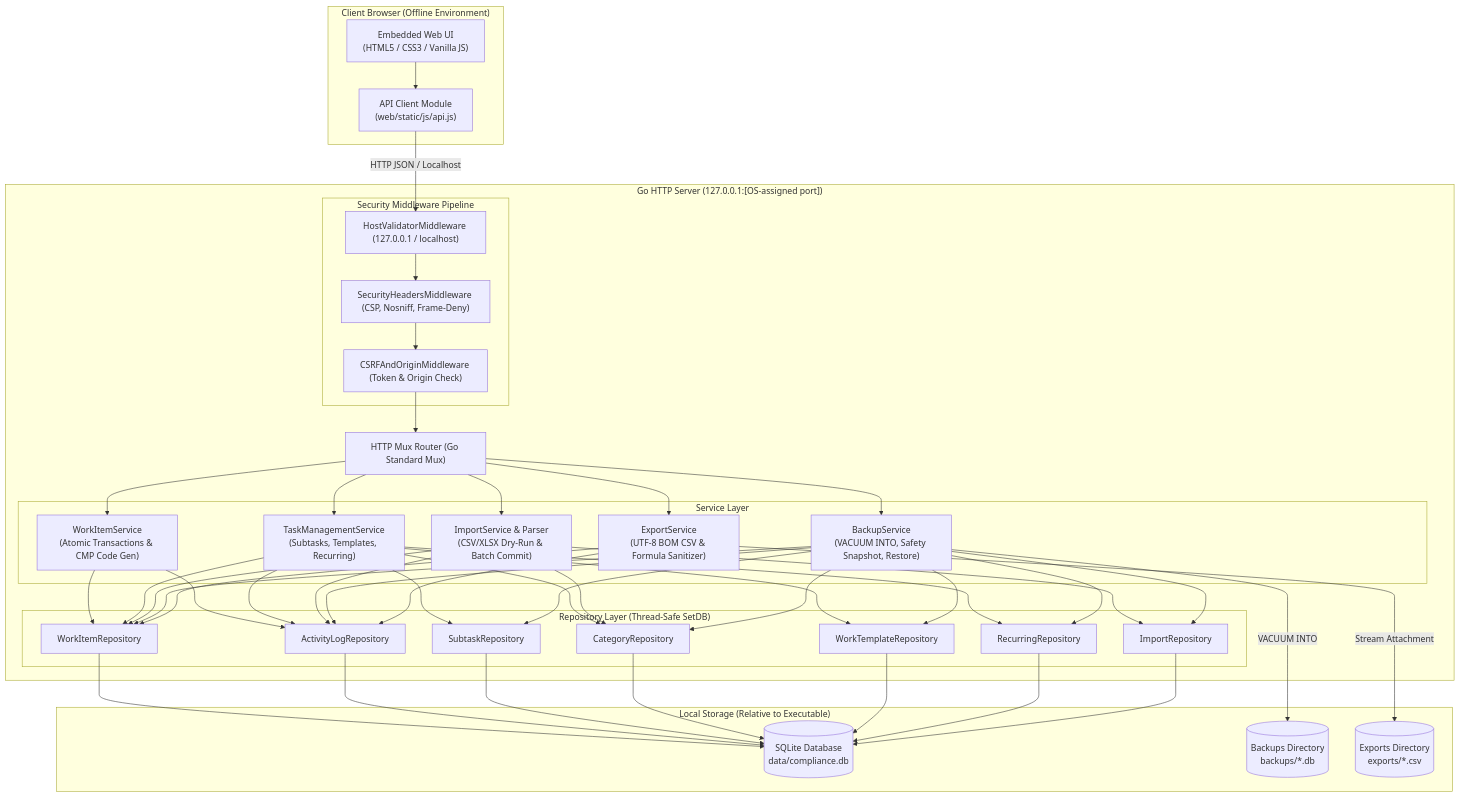
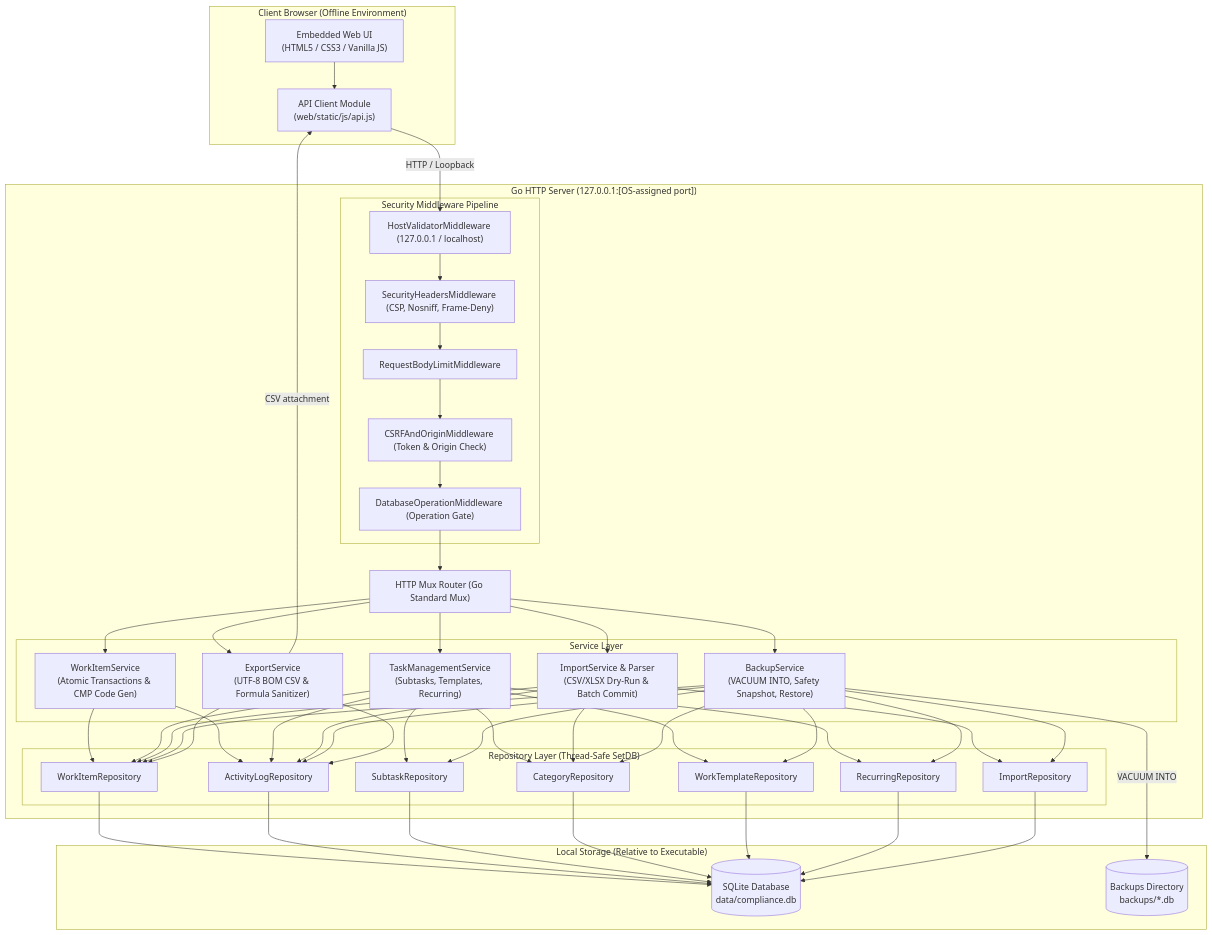
Before and after one commit to shotlord/ComplianceWorkspace: the diagram in docs/ARCHITECTURE.md, drawn with Mermaid. The commit also changed other lines of this file and 38 other files, not shown here.

````diff
--- a/docs/ARCHITECTURE.md
+++ b/docs/ARCHITECTURE.md
@@ -34,7 +36,9 @@
         subgraph Middlewares ["Security Middleware Pipeline"]
             MW_Host["HostValidatorMiddleware (127.0.0.1 / localhost)"]
             MW_Sec["SecurityHeadersMiddleware (CSP, Nosniff, Frame-Deny)"]
+            MW_Limit["RequestBodyLimitMiddleware"]
             MW_CSRF["CSRFAndOriginMiddleware (Token & Origin Check)"]
+            MW_Gate["DatabaseOperationMiddleware (Operation Gate)"]
         end
 
         subgraph Services ["Service Layer"]
@@ -59,13 +63,14 @@
     subgraph Storage ["Local Storage (Relative to Executable)"]
         DB[(SQLite Database\ndata/compliance.db)]
         Backups[("Backups Directory\nbackups/*.db")]
-        Exports[("Exports Directory\nexports/*.csv")]
     end
 
-    APIClient -- "HTTP JSON / Localhost" --> MW_Host
+    APIClient -- "HTTP / Loopback" --> MW_Host
     MW_Host --> MW_Sec
-    MW_Sec --> MW_CSRF
-    MW_CSRF --> Router
+    MW_Sec --> MW_Limit
+    MW_Limit --> MW_CSRF
+    MW_CSRF --> MW_Gate
+    MW_Gate --> Router
 
     Router --> WIS
     Router --> TMS
@@ -104,5 +109,5 @@
     IMPR --> DB
 
     BS -- "VACUUM INTO" --> Backups
-    ES -- "Stream Attachment" --> Exports
+    ES -- "CSV attachment" --> APIClient
 ```
````
